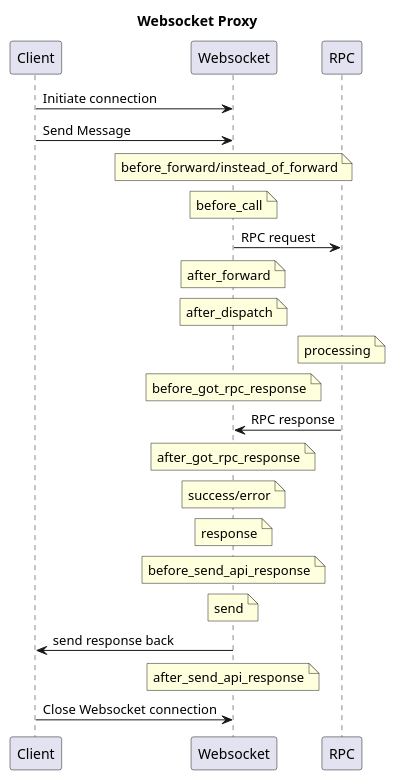
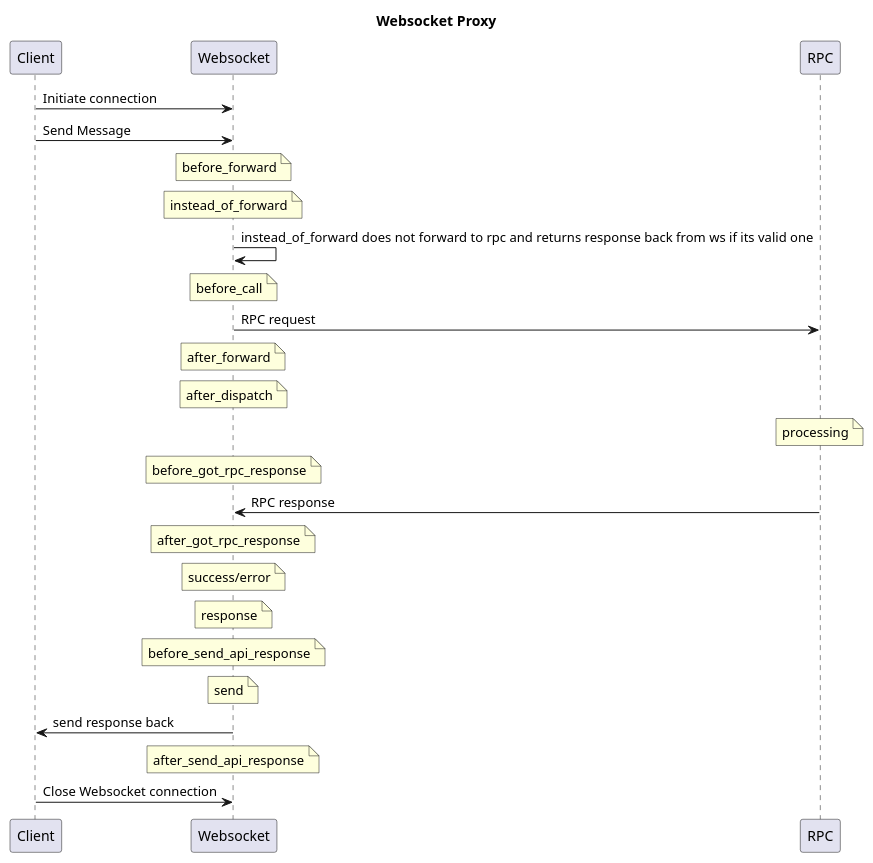
One commit to deriv-com/perl-Mojo-WebSocketProxy changed the diagram in README.md. Above: the diagram before and after it, drawn with PlantUML. The commit also changed other lines of this file, not shown here.

Commit message:
explain instead of forward, typo correction

```diff
--- a/README.md
+++ b/README.md
@@ -110,34 +110,38 @@
 @startuml;
 title Websocket Proxy
 
 participant Client
 
 Client->Websocket:Initiate connection
 Client->Websocket:Send Message
 
-note over Websocket: before_forward/instead_of_forward
+note over Websocket: before_forward
+note over Websocket: instead_of_forward
+
+Websocket->Websocket: instead_of_forward does not forward to rpc and returns response back from ws if its valid one
+
 note over Websocket: before_call
 
 Websocket->RPC: RPC request
 
 note over Websocket: after_forward
 note over Websocket: after_dispatch
 
 note over RPC: processing
 
 note over Websocket: before_got_rpc_response
 
 RPC->Websocket: RPC response
 
 note over Websocket: after_got_rpc_response
 note over Websocket: success/error
 note over Websocket: response
 note over Websocket: before_send_api_response
 note over Websocket: send
 
 Websocket->Client:send response back
 
 note over Websocket: after_send_api_response
 
 Client->Websocket:Close Websocket connection
 @enduml
```
